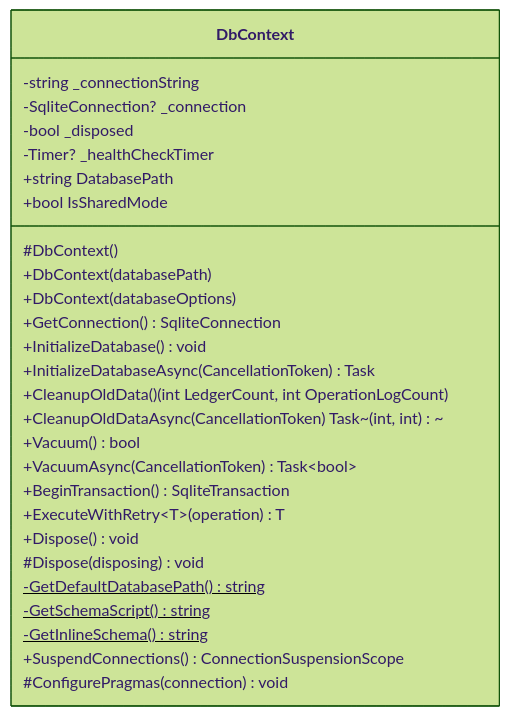
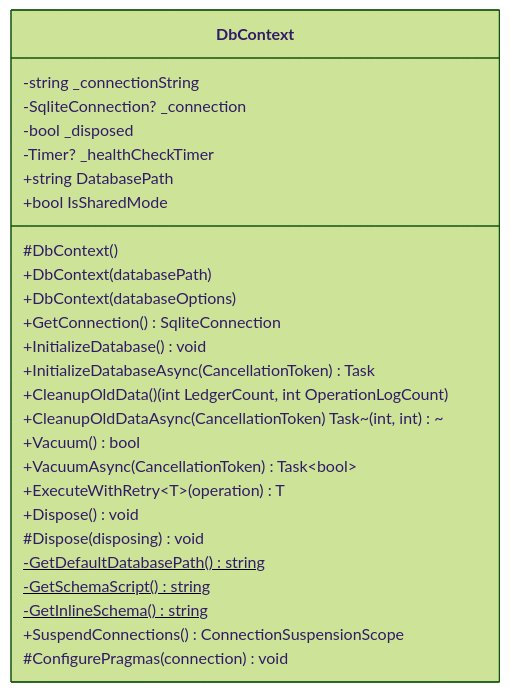
The eighth of 52 diagrams in ICCardManager/docs/design/05_クラス設計書.md (kuwayamamasayuki/ICCardManager), drawn with Mermaid (forest theme) before and after one commit. The commit also changed other lines of this file and 7 other files, not shown here.

````diff
--- a/ICCardManager/docs/design/05_クラス設計書.md
+++ b/ICCardManager/docs/design/05_クラス設計書.md
@@ -728,30 +728,29 @@
 ```mermaid
 classDiagram
     class DbContext {
         -string _connectionString
         -SqliteConnection? _connection
         -bool _disposed
         -Timer? _healthCheckTimer
         +string DatabasePath
         +bool IsSharedMode
         #DbContext()
         +DbContext(databasePath)
         +DbContext(databaseOptions)
         +GetConnection() SqliteConnection
         +InitializeDatabase() void
         +InitializeDatabaseAsync(CancellationToken) Task
         +CleanupOldData() (int LedgerCount, int OperationLogCount)
         +CleanupOldDataAsync(CancellationToken) Task~(int, int)~
         +Vacuum() bool
         +VacuumAsync(CancellationToken) Task~bool~
-        +BeginTransaction() SqliteTransaction
         +ExecuteWithRetry~T~(operation) T
         +Dispose() void
         #Dispose(disposing) void
         -GetDefaultDatabasePath()$ string
         -GetSchemaScript()$ string
         -GetInlineSchema()$ string
         +SuspendConnections() ConnectionSuspensionScope
         #ConfigurePragmas(connection) void
     }
 ```
````
